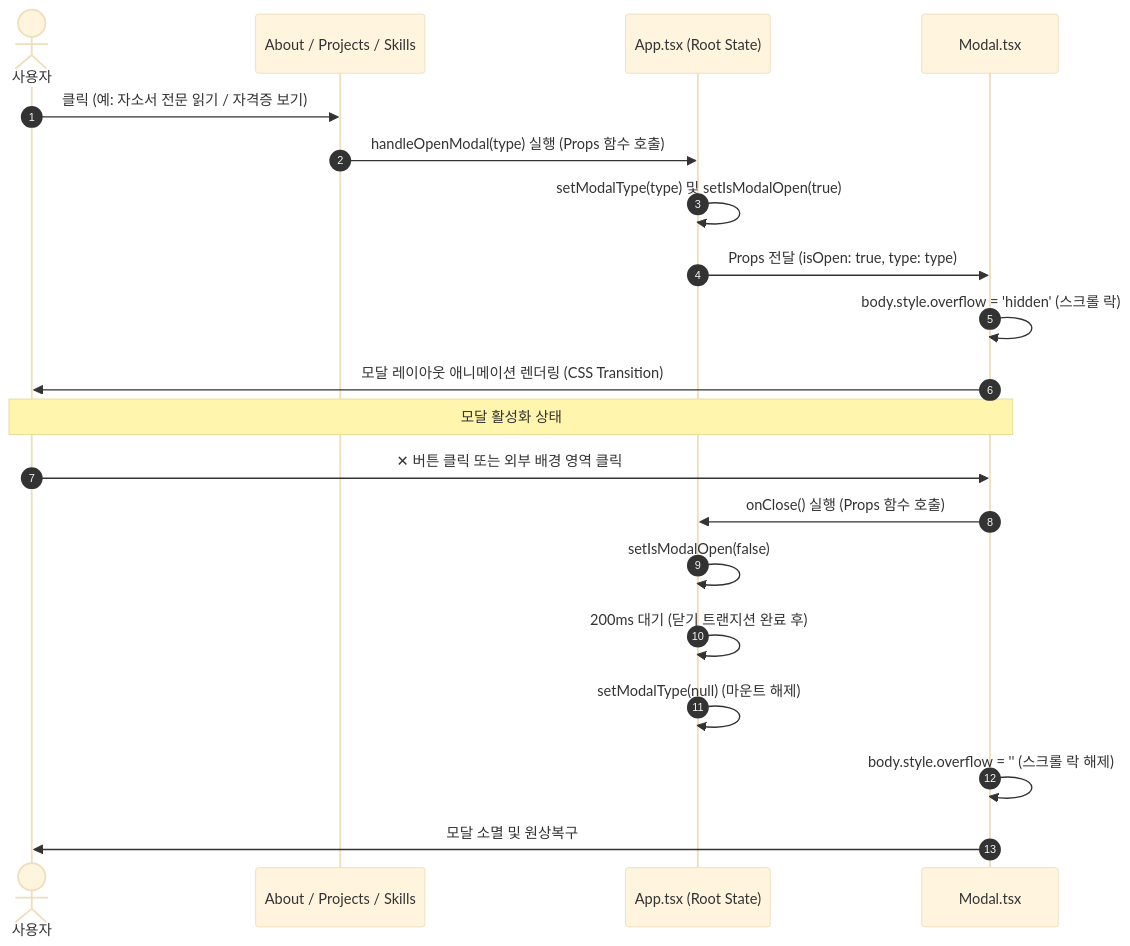
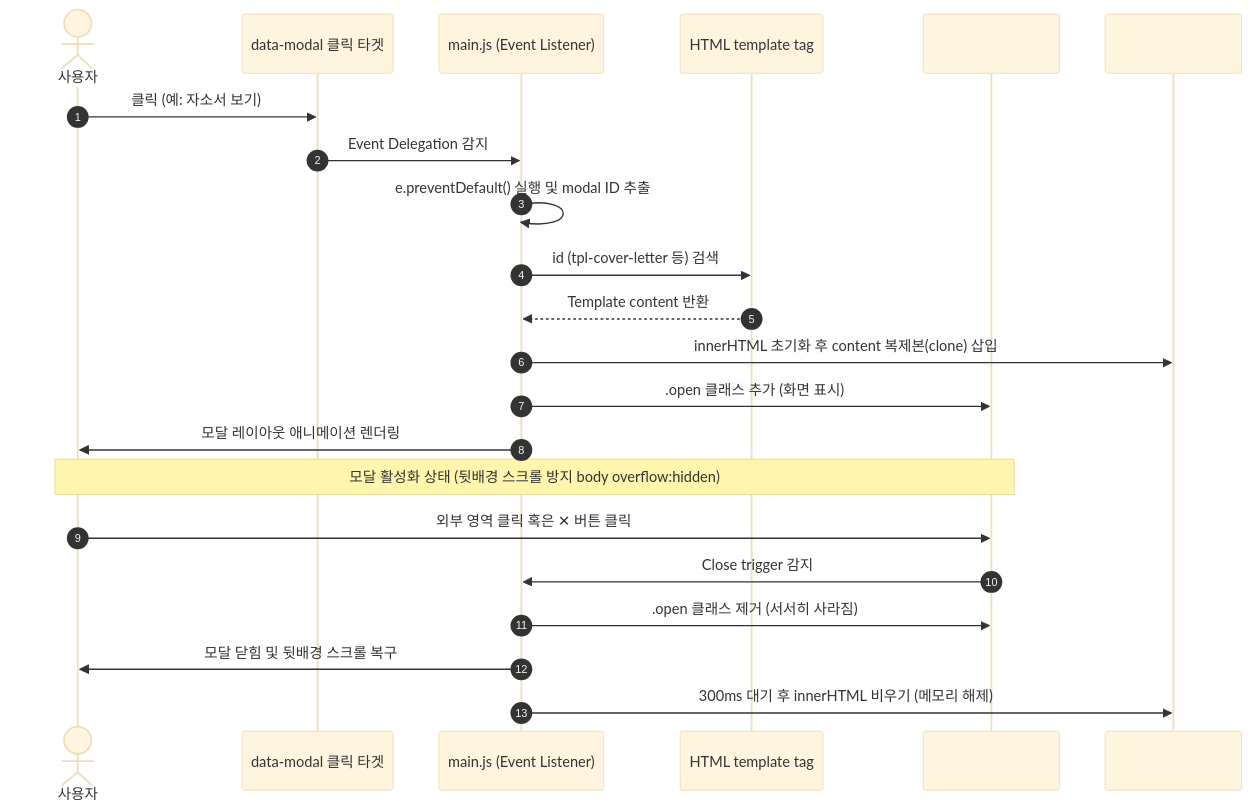
One commit to BooleanHR/BooleanHR changed the second of 3 diagrams in COMPONENTS.md. Above: the diagram before and after it, drawn with Mermaid (base theme). The commit also changed other lines of this file and 58 other files, not shown here.

Commit message:
chore: clean up repo by moving static portfolio to root, archiving React version, and adding 유용완_포트폴리오.html

````diff
--- a/COMPONENTS.md
+++ b/COMPONENTS.md
@@ -60,25 +81,27 @@
 ```mermaid
 sequenceDiagram
     autonumber
     actor User as 사용자
-    participant Comp as About / Projects / Skills
-    participant App as App.tsx (Root State)
-    participant Modal as Modal.tsx
+    participant trigger as data-modal 클릭 타겟
+    participant mainjs as main.js (Event Listener)
+    participant template as HTML template tag
+    participant overlay as #modalOverlay
+    participant body as #modalBody
 
-    User ->> Comp: 클릭 (예: 자소서 전문 읽기 / 자격증 보기)
-    Comp ->> App: handleOpenModal(type) 실행 (Props 함수 호출)
-    App ->> App: setModalType(type) 및 setIsModalOpen(true)
-    App ->> Modal: Props 전달 (isOpen: true, type: type)
-    Modal ->> Modal: body.style.overflow = 'hidden' (스크롤 락)
-    Modal ->> User: 모달 레이아웃 애니메이션 렌더링 (CSS Transition)
-
-    Note over User, Modal: 모달 활성화 상태
-
-    User ->> Modal: ✕ 버튼 클릭 또는 외부 배경 영역 클릭
-    Modal ->> App: onClose() 실행 (Props 함수 호출)
-    App ->> App: setIsModalOpen(false)
-    App ->> App: 200ms 대기 (닫기 트랜지션 완료 후)
-    App ->> App: setModalType(null) (마운트 해제)
-    Modal ->> Modal: body.style.overflow = '' (스크롤 락 해제)
-    Modal ->> User: 모달 소멸 및 원상복구
+    User ->> trigger: 클릭 (예: 자소서 보기)
+    trigger ->> mainjs: Event Delegation 감지
+    mainjs ->> mainjs: e.preventDefault() 실행 및 modal ID 추출
+    mainjs ->> template: id (tpl-cover-letter 등) 검색
+    template -->> mainjs: Template content 반환
+    mainjs ->> body: innerHTML 초기화 후 content 복제본(clone) 삽입
+    mainjs ->> overlay: .open 클래스 추가 (화면 표시)
+    mainjs ->> User: 모달 레이아웃 애니메이션 렌더링
+    
+    Note over User, overlay: 모달 활성화 상태 (뒷배경 스크롤 방지 body overflow:hidden)
+    
+    User ->> overlay: 외부 영역 클릭 혹은 ✕ 버튼 클릭
+    overlay ->> mainjs: Close trigger 감지
+    mainjs ->> overlay: .open 클래스 제거 (서서히 사라짐)
+    mainjs ->> User: 모달 닫힘 및 뒷배경 스크롤 복구
+    mainjs ->> body: 300ms 대기 후 innerHTML 비우기 (메모리 해제)
 ```
````
